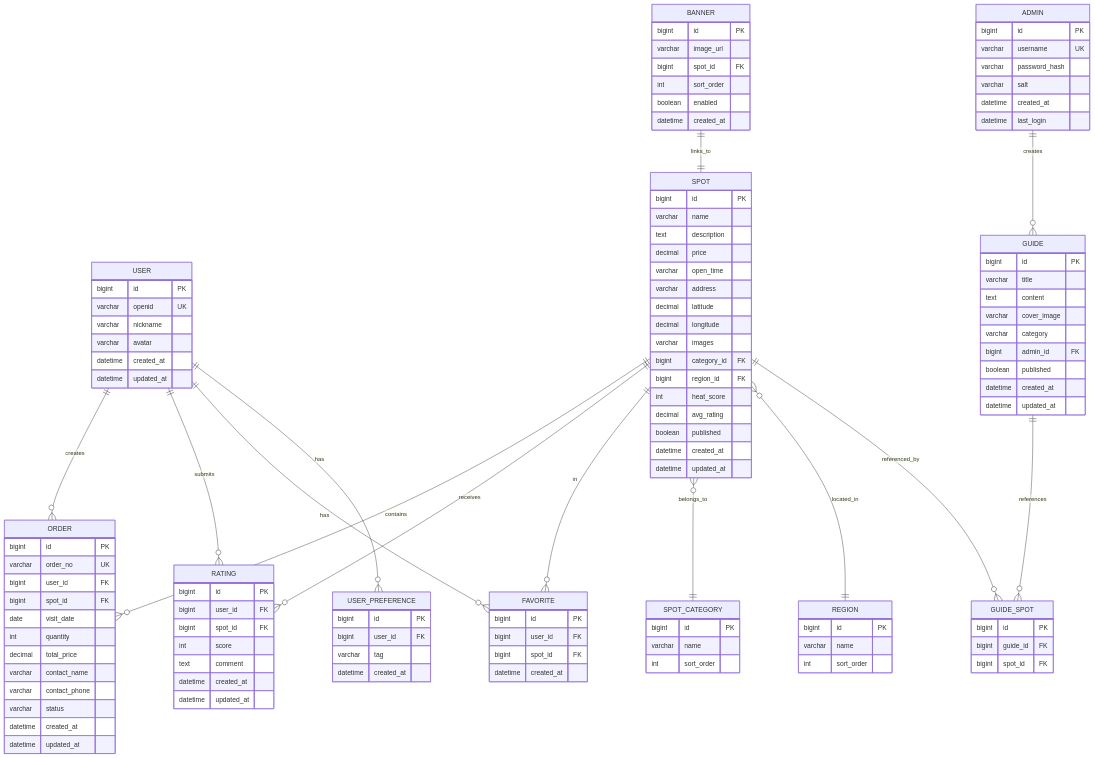
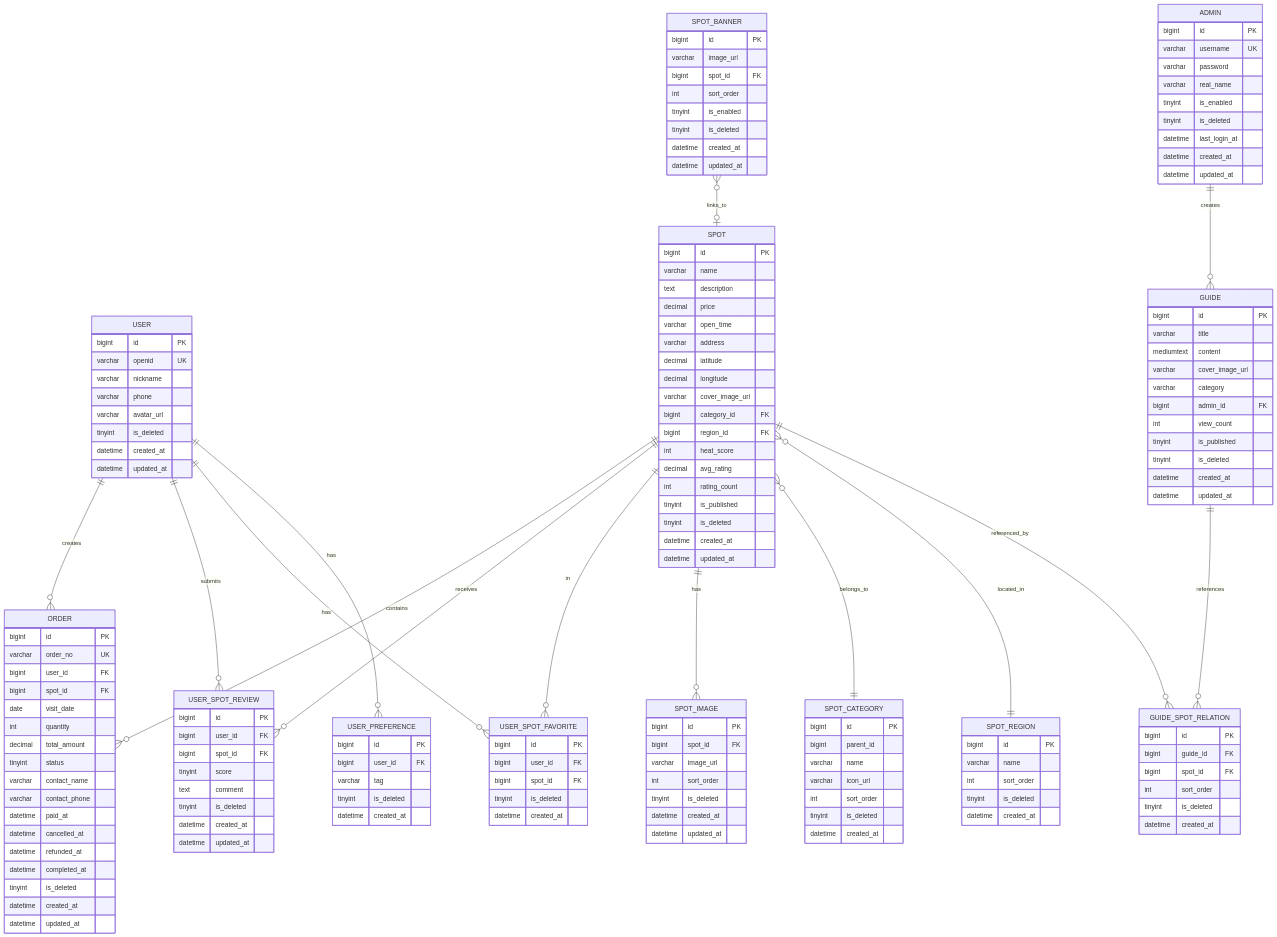
Before and after one commit to TheayX/WayTrip: the third of 7 diagrams in .kiro/specs/travel-recommendation-system/design.md, drawn with Mermaid. The commit also changed other lines of this file and 6 other files, not shown here.

````diff
--- a/.kiro/specs/travel-recommendation-system/design.md
+++ b/.kiro/specs/travel-recommendation-system/design.md
@@ -418,48 +361,55 @@
 ```mermaid
 erDiagram
     USER ||--o{ ORDER : creates
-    USER ||--o{ RATING : submits
-    USER ||--o{ FAVORITE : has
+    USER ||--o{ USER_SPOT_REVIEW : submits
+    USER ||--o{ USER_SPOT_FAVORITE : has
     USER ||--o{ USER_PREFERENCE : has
-    
+
     SPOT ||--o{ ORDER : contains
-    SPOT ||--o{ RATING : receives
-    SPOT ||--o{ FAVORITE : in
+    SPOT ||--o{ USER_SPOT_REVIEW : receives
+    SPOT ||--o{ USER_SPOT_FAVORITE : in
+    SPOT ||--o{ SPOT_IMAGE : has
     SPOT }o--|| SPOT_CATEGORY : belongs_to
-    SPOT }o--|| REGION : located_in
-    
-    GUIDE ||--o{ GUIDE_SPOT : references
-    SPOT ||--o{ GUIDE_SPOT : referenced_by
-    
+    SPOT }o--|| SPOT_REGION : located_in
+
+    GUIDE ||--o{ GUIDE_SPOT_RELATION : references
+    SPOT ||--o{ GUIDE_SPOT_RELATION : referenced_by
+
     ADMIN ||--o{ GUIDE : creates
-    
-    BANNER ||--|| SPOT : links_to
+
+    SPOT_BANNER }o--o| SPOT : links_to
 
     USER {
         bigint id PK
         varchar openid UK
         varchar nickname
-        varchar avatar
+        varchar phone
+        varchar avatar_url
+        tinyint is_deleted
         datetime created_at
         datetime updated_at
     }
-    
+
     USER_PREFERENCE {
         bigint id PK
         bigint user_id FK
         varchar tag
+        tinyint is_deleted
         datetime created_at
     }
-    
+
     ADMIN {
         bigint id PK
         varchar username UK
-        varchar password_hash
-        varchar salt
+        varchar password
+        varchar real_name
+        tinyint is_enabled
+        tinyint is_deleted
+        datetime last_login_at
         datetime created_at
-        datetime last_login
+        datetime updated_at
     }
-    
+
     SPOT {
         bigint id PK
         varchar name
@@ -469,46 +419,69 @@
         varchar address
         decimal latitude
         decimal longitude
-        varchar images
+        varchar cover_image_url
         bigint category_id FK
         bigint region_id FK
         int heat_score
         decimal avg_rating
-        boolean published
+        int rating_count
+        tinyint is_published
+        tinyint is_deleted
         datetime created_at
         datetime updated_at
     }
-    
+
     SPOT_CATEGORY {
+        bigint id PK
+        bigint parent_id
+        varchar name
+        varchar icon_url
+        int sort_order
+        tinyint is_deleted
+        datetime created_at
+    }
+
+    SPOT_REGION {
         bigint id PK
         varchar name
         int sort_order
+        tinyint is_deleted
+        datetime created_at
     }
-    
-    REGION {
+
+    SPOT_IMAGE {
         bigint id PK
-        varchar name
+        bigint spot_id FK
+        varchar image_url
         int sort_order
+        tinyint is_deleted
+        datetime created_at
+        datetime updated_at
     }
-    
+
     GUIDE {
         bigint id PK
         varchar title
-        text content
-        varchar cover_image
+        mediumtext content
+        varchar cover_image_url
         varchar category
         bigint admin_id FK
-        boolean published
+        int view_count
+        tinyint is_published
+        tinyint is_deleted
         datetime created_at
         datetime updated_at
     }
-    
-    GUIDE_SPOT {
+
+    GUIDE_SPOT_RELATION {
         bigint id PK
         bigint guide_id FK
         bigint spot_id FK
+        int sort_order
+        tinyint is_deleted
+        datetime created_at
     }
-    
+
     ORDER {
         bigint id PK
         varchar order_no UK
@@ -516,37 +489,46 @@
         bigint spot_id FK
         date visit_date
         int quantity
-        decimal total_price
+        decimal total_amount
+        tinyint status
         varchar contact_name
         varchar contact_phone
-        varchar status
+        datetime paid_at
+        datetime cancelled_at
+        datetime refunded_at
+        datetime completed_at
+        tinyint is_deleted
         datetime created_at
         datetime updated_at
     }
-    
-    RATING {
+
+    USER_SPOT_REVIEW {
         bigint id PK
         bigint user_id FK
         bigint spot_id FK
-        int score
+        tinyint score
         text comment
+        tinyint is_deleted
         datetime created_at
         datetime updated_at
     }
-    
-    FAVORITE {
+
+    USER_SPOT_FAVORITE {
         bigint id PK
         bigint user_id FK
         bigint spot_id FK
+        tinyint is_deleted
         datetime created_at
     }
-    
-    BANNER {
+
+    SPOT_BANNER {
         bigint id PK
         varchar image_url
         bigint spot_id FK
         int sort_order
-        boolean enabled
+        tinyint is_enabled
+        tinyint is_deleted
         datetime created_at
+        datetime updated_at
     }
 ```
````
